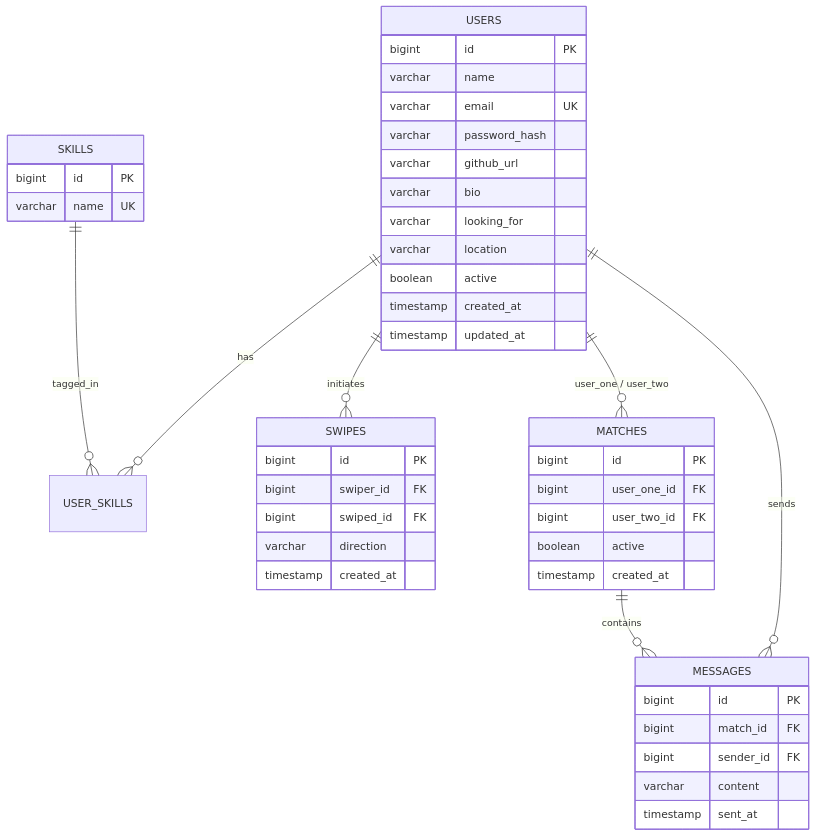
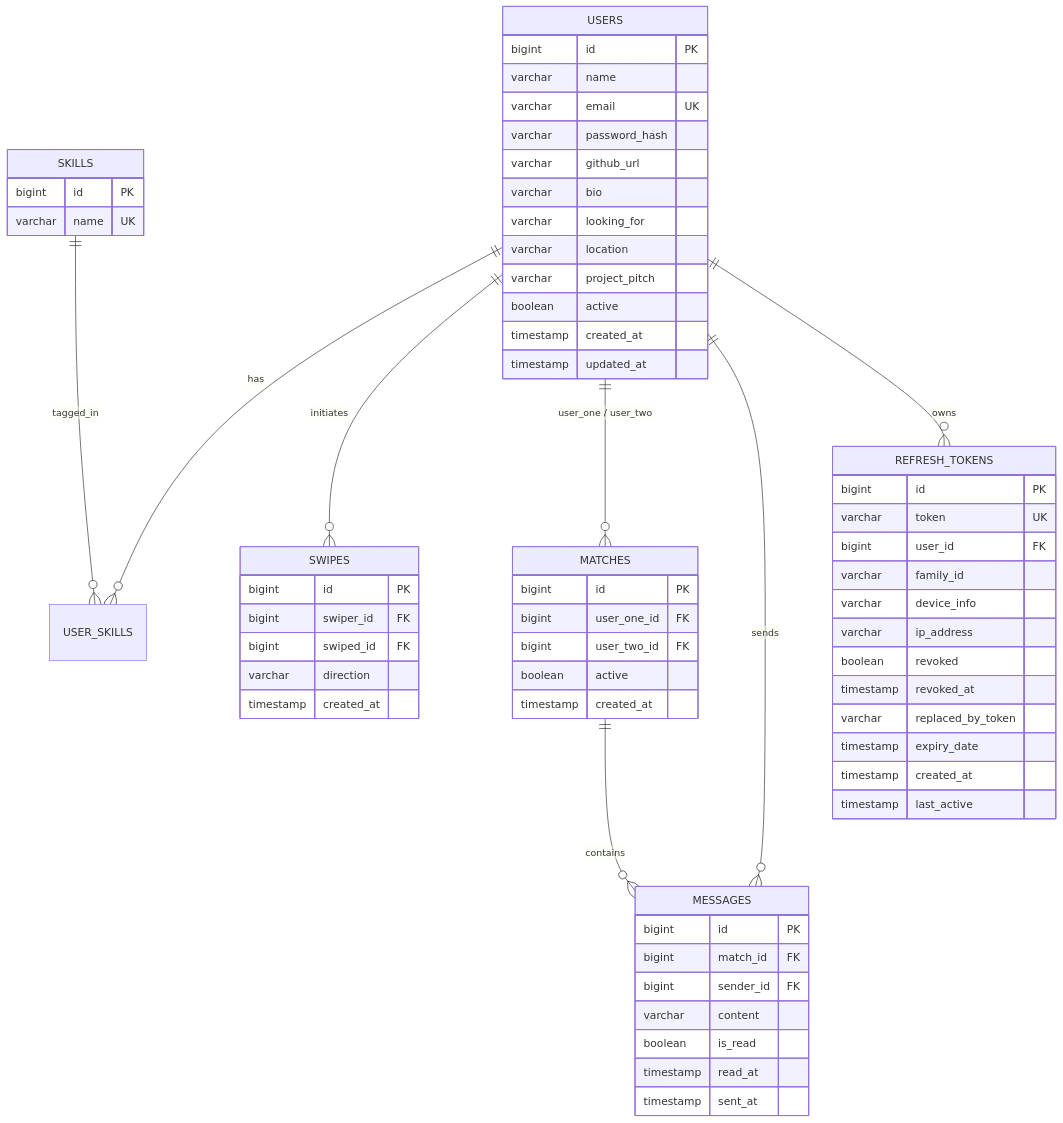
The diagram in README.md (gargnikunj991-ux/Devlynix-Buildathon-2.0), drawn with Mermaid before and after one commit. The commit also changed other lines of this file and 6 other files, not shown here.

````diff
--- a/README.md
+++ b/README.md
@@ -96,52 +117,71 @@
 ```mermaid
 erDiagram
     USERS ||--o{ USER_SKILLS : has
     SKILLS ||--o{ USER_SKILLS : tagged_in
     USERS ||--o{ SWIPES : initiates
     USERS ||--o{ MATCHES : "user_one / user_two"
     MATCHES ||--o{ MESSAGES : contains
     USERS ||--o{ MESSAGES : sends
+    USERS ||--o{ REFRESH_TOKENS : owns
 
     USERS {
         bigint id PK
         varchar name
         varchar email UK
         varchar password_hash
         varchar github_url
         varchar bio
         varchar looking_for
         varchar location
+        varchar project_pitch
         boolean active
         timestamp created_at
         timestamp updated_at
     }
 
     SKILLS {
         bigint id PK
         varchar name UK
     }
 
     SWIPES {
         bigint id PK
         bigint swiper_id FK
         bigint swiped_id FK
         varchar direction
         timestamp created_at
     }
 
     MATCHES {
         bigint id PK
         bigint user_one_id FK
         bigint user_two_id FK
         boolean active
         timestamp created_at
     }
 
     MESSAGES {
         bigint id PK
         bigint match_id FK
         bigint sender_id FK
         varchar content
+        boolean is_read
+        timestamp read_at
         timestamp sent_at
     }
+
+    REFRESH_TOKENS {
+        bigint id PK
+        varchar token UK
+        bigint user_id FK
+        varchar family_id
+        varchar device_info
+        varchar ip_address
+        boolean revoked
+        timestamp revoked_at
+        varchar replaced_by_token
+        timestamp expiry_date
+        timestamp created_at
+        timestamp last_active
+    }
 ```
````
